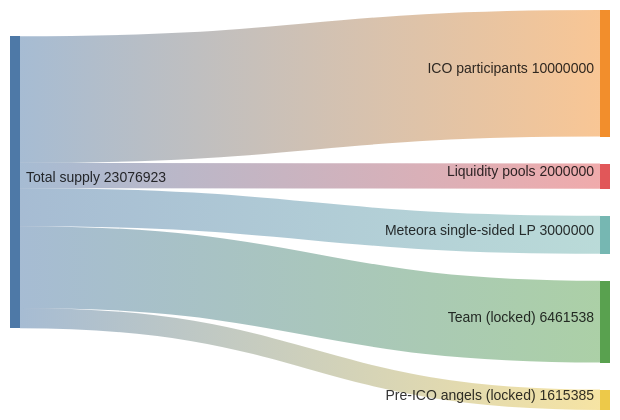
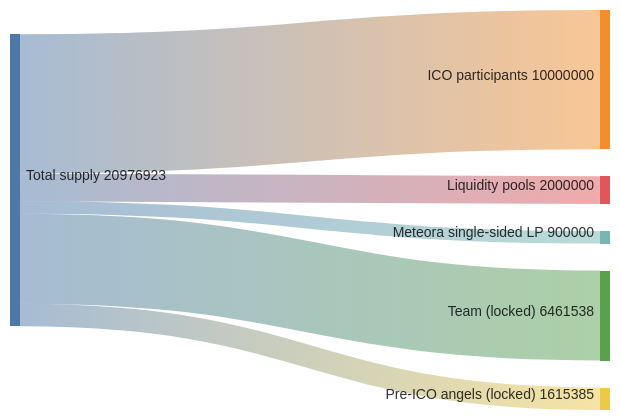
One commit to loyal-labs/loyal-docs changed the diagram in launch/token.mdx. Above: the diagram before and after it, drawn with Mermaid.

Commit message:
fix(token): update meteora pool

````diff
--- a/launch/token.mdx
+++ b/launch/token.mdx
@@ -8,10 +8,10 @@
 ```mermaid
 sankey-beta
 
 %% source,target,value
 Total supply,ICO participants,10000000
 Total supply,Liquidity pools,2000000
-Total supply,Meteora single-sided LP,3000000
+Total supply,Meteora single-sided LP,900000
 Total supply,Team (locked),6461538
 Total supply,Pre-ICO angels (locked),1615385
 ```
````
